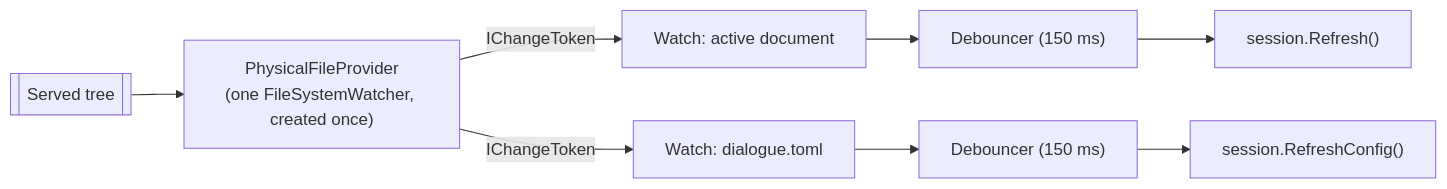
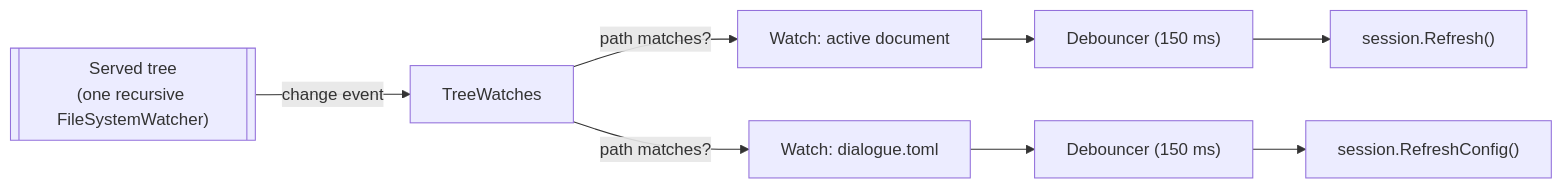
Before and after one commit to pengzhengyi/dialoguedown: the diagram in docs/contributing/design-notes/One Watcher for the Served Tree.md, drawn with Mermaid. The commit also changed other lines of this file and 2 other files, not shown here.

First line of the commit message:
docs(live): reconcile the one-watcher note with what shipped

````diff
--- a/docs/contributing/design-notes/One Watcher for the Served Tree.md
+++ b/docs/contributing/design-notes/One Watcher for the Served Tree.md
@@ -123,8 +107,8 @@
 ```mermaid
 flowchart LR
-    FS[["Served tree"]] --> PFP["PhysicalFileProvider<br/>(one FileSystemWatcher, created once)"]
-    PFP -->|"IChangeToken"| W1["Watch: active document"]
-    PFP -->|"IChangeToken"| W2["Watch: dialogue.toml"]
+    FS[["Served tree<br/>(one recursive FileSystemWatcher)"]] -->|"change event"| TW[TreeWatches]
+    TW -->|"path matches?"| W1["Watch: active document"]
+    TW -->|"path matches?"| W2["Watch: dialogue.toml"]
     W1 --> DB1["Debouncer (150 ms)"] --> R1["session.Refresh()"]
     W2 --> DB2["Debouncer (150 ms)"] --> R2["session.RefreshConfig()"]
 ```
````
